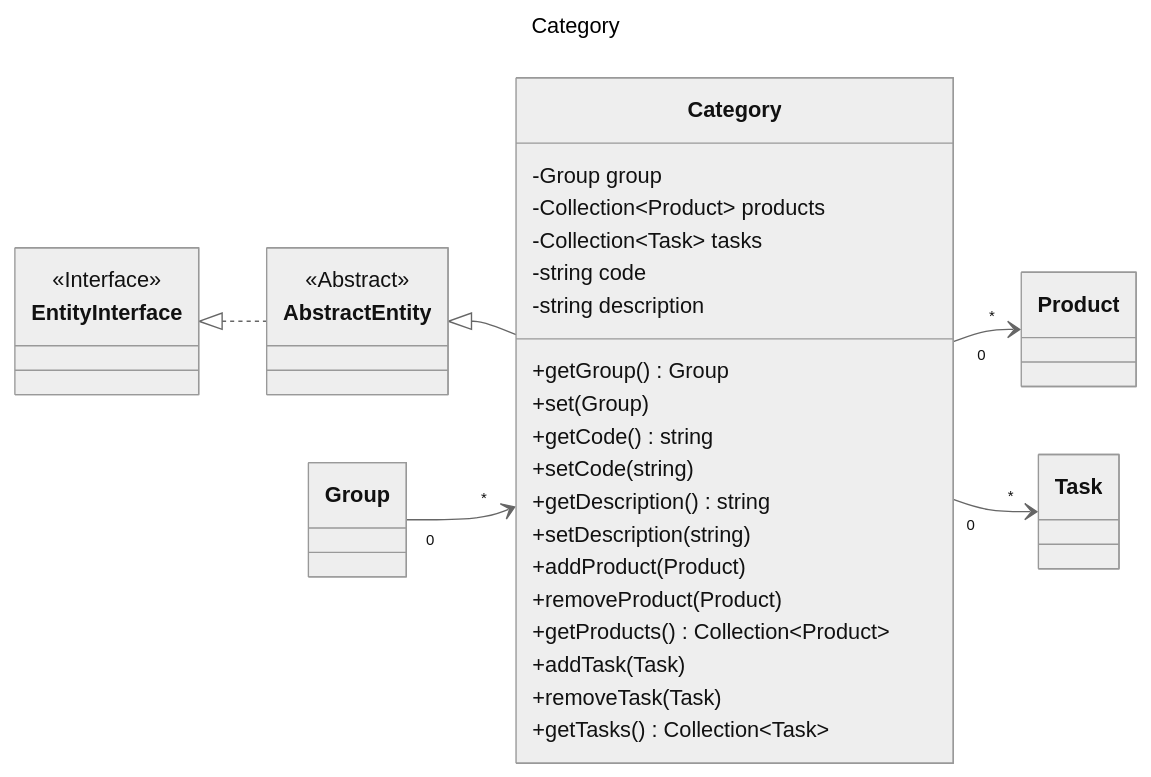
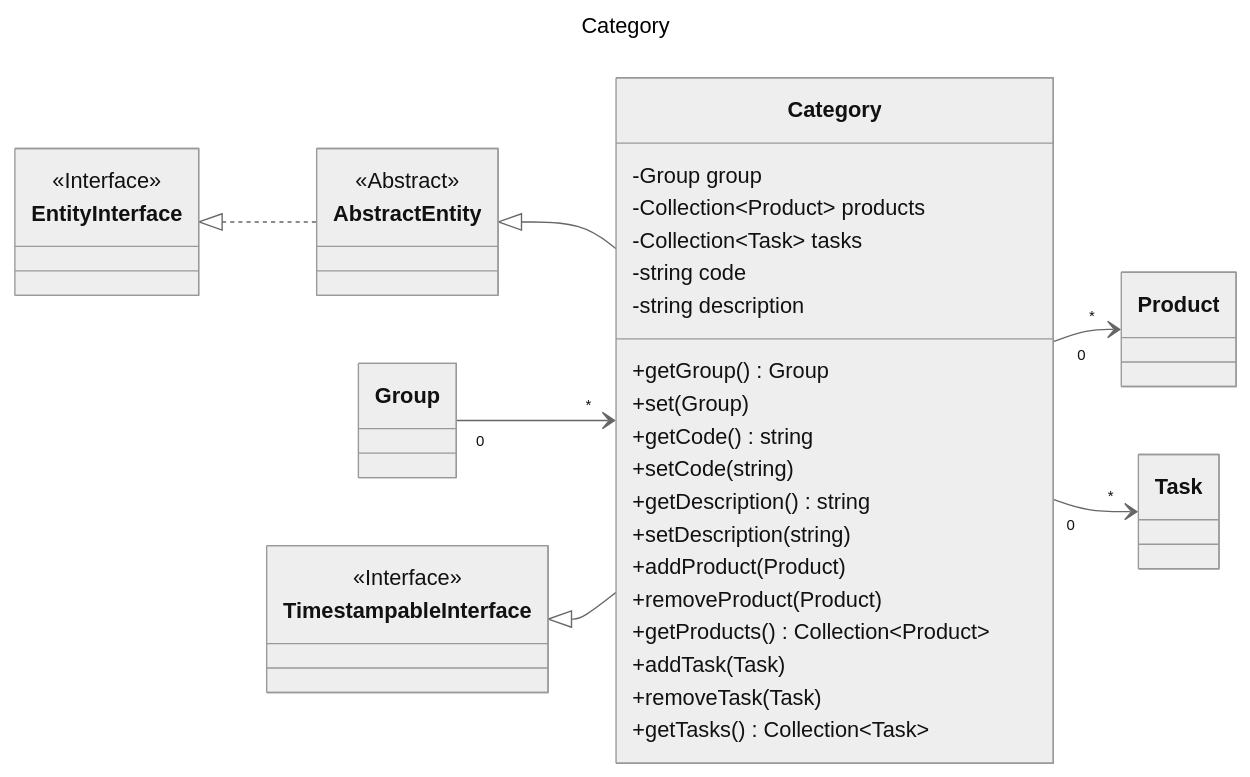
The diagram in resources/diagram/category.mmd (laurentmuller/calculation), drawn with Mermaid (neutral theme) before and after one commit. The commit also changed 45 other files, not shown here.

Commit message:
Added diagram theme. Added PDF memory images trait.

```diff
--- a/resources/diagram/category.mmd
+++ b/resources/diagram/category.mmd
@@ -1,52 +1,50 @@
 ---
 title: Category
 ---
 classDiagram
     direction LR
 
     class Category {
         -Group group
         -Collection~Product~ products
         -Collection~Task~ tasks
         -string code
         -string description
         +getGroup() Group
         +set(Group)
         +getCode() string
         +setCode(string)
         +getDescription() string
         +setDescription(string)
         +addProduct(Product)
         +removeProduct(Product)
         +getProducts() Collection~Product~
         +addTask(Task)
         +removeTask(Task)
         +getTasks() Collection~Task~
     }
 
-    class Group {
-    }
-    class Task {
-    }
-
-    class Product {
-    }
-
     class AbstractEntity {
         <<Abstract>>
     }
     class EntityInterface {
+        <<Interface>>
+    }
+
+    class TimestampableInterface {
         <<Interface>>
     }
 
     EntityInterface <|.. AbstractEntity
     AbstractEntity <|-- Category
     Group "0" --> "*" Category
     Category "0" --> "*" Product
     Category "0" --> "*" Task
+    TimestampableInterface <|-- Category
 
     click EntityInterface call nodeCallback()
     click AbstractEntity call nodeCallback()
     click Group call nodeCallback()
     click Product call nodeCallback()
     click Task call nodeCallback()
+    click TimestampableInterface call nodeCallback()
```
